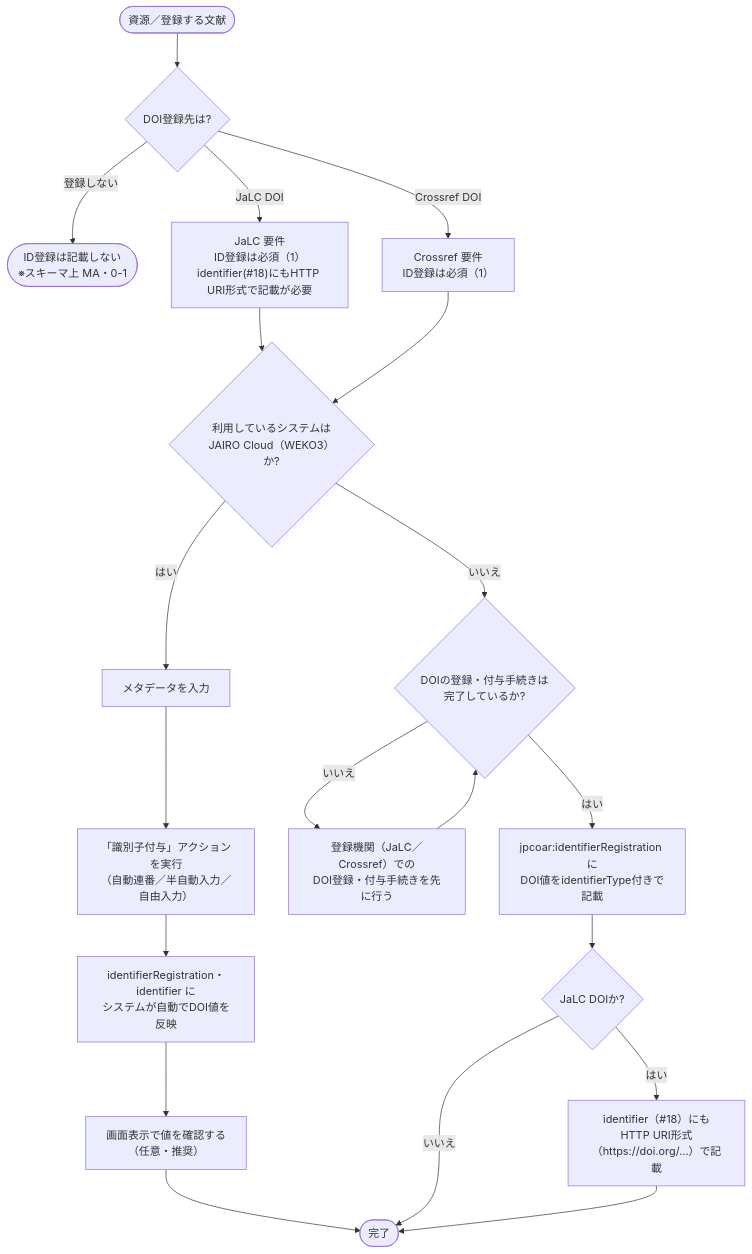
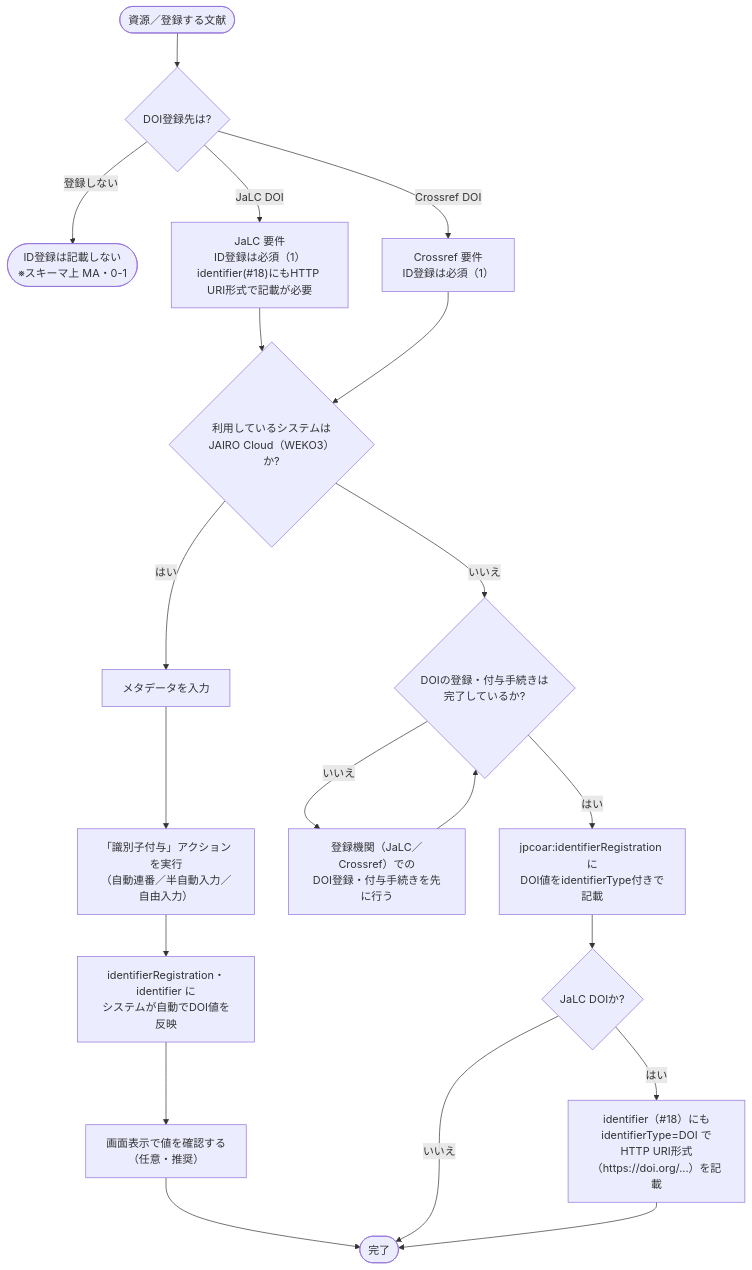
The diagram in decision-trees/identifier-registration.md (tzhaya/jpcoarschema-helper), drawn with Mermaid before and after one commit. The commit also changed other lines of this file and 20 other files, not shown here.

````diff
--- a/decision-trees/identifier-registration.md
+++ b/decision-trees/identifier-registration.md
@@ -41,28 +50,28 @@
 ```mermaid
 flowchart TD
     R([資源／登録する文献]) --> Q1{DOI登録先は?}
 
     Q1 -- 登録しない --> ENDX([ID登録は記載しない<br/>※スキーマ上 MA・0-1])
     Q1 -- JaLC DOI --> CTX1["JaLC 要件<br/>ID登録は必須（1）<br/>identifier(#18)にもHTTP URI形式で記載が必要"]
     Q1 -- Crossref DOI --> CTX2["Crossref 要件<br/>ID登録は必須（1）"]
 
     CTX1 --> Q2
     CTX2 --> Q2
 
     Q2{利用しているシステムは<br/>JAIRO Cloud（WEKO3）か?}
 
     Q2 -- はい --> P1["メタデータを入力"]
     P1 --> P2["「識別子付与」アクションを実行<br/>（自動連番／半自動入力／自由入力）"]
     P2 --> P3["identifierRegistration・identifier に<br/>システムが自動でDOI値を反映"]
     P3 --> P4["画面表示で値を確認する<br/>（任意・推奨）"]
     P4 --> END([完了])
 
     Q2 -- いいえ --> D3{DOIの登録・付与手続きは<br/>完了しているか?}
     D3 -- いいえ --> A3["登録機関（JaLC／Crossref）での<br/>DOI登録・付与手続きを先に行う"]
     A3 --> D3
     D3 -- はい --> A4["jpcoar:identifierRegistration に<br/>DOI値をidentifierType付きで記載"]
     A4 --> D4{JaLC DOIか?}
-    D4 -- はい --> A5["identifier（#18）にも<br/>HTTP URI形式（https://doi.org/...）で記載"]
+    D4 -- はい --> A5["identifier（#18）にも<br/>identifierType=DOI でHTTP URI形式<br/>（https://doi.org/...）を記載"]
     D4 -- いいえ --> END
     A5 --> END
 ```
````
